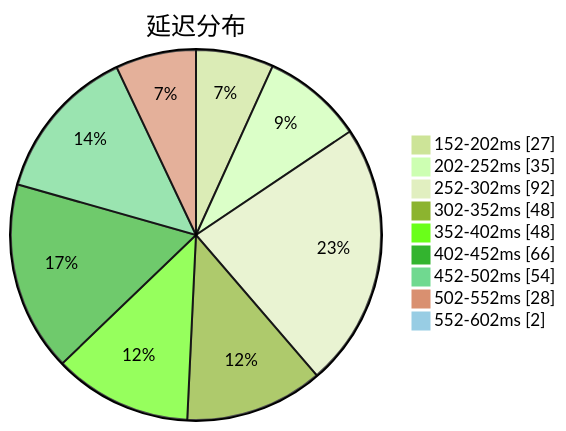
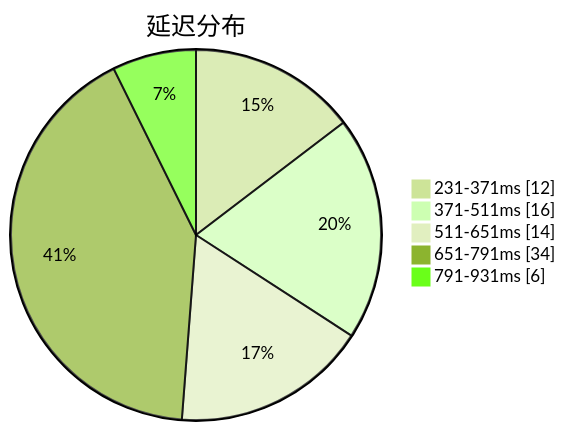
The first of 3 diagrams in subs/statistics/tested_within.md (qjlxg/airport), drawn with Mermaid (forest theme) before and after one commit. The commit also changed other lines of this file and 2 other files, not shown here.

Commit message:
Tested by metaST

````diff
--- a/subs/statistics/tested_within.md
+++ b/subs/statistics/tested_within.md
@@ -2,13 +2,9 @@
 ```mermaid
 pie showData
 title 延迟分布
-"152-202ms" : 27
-"202-252ms" : 35
-"252-302ms" : 92
-"302-352ms" : 48
-"352-402ms" : 48
-"402-452ms" : 66
-"452-502ms" : 54
-"502-552ms" : 28
-"552-602ms" : 2
+"231-371ms" : 12
+"371-511ms" : 16
+"511-651ms" : 14
+"651-791ms" : 34
+"791-931ms" : 6
 ```
````
